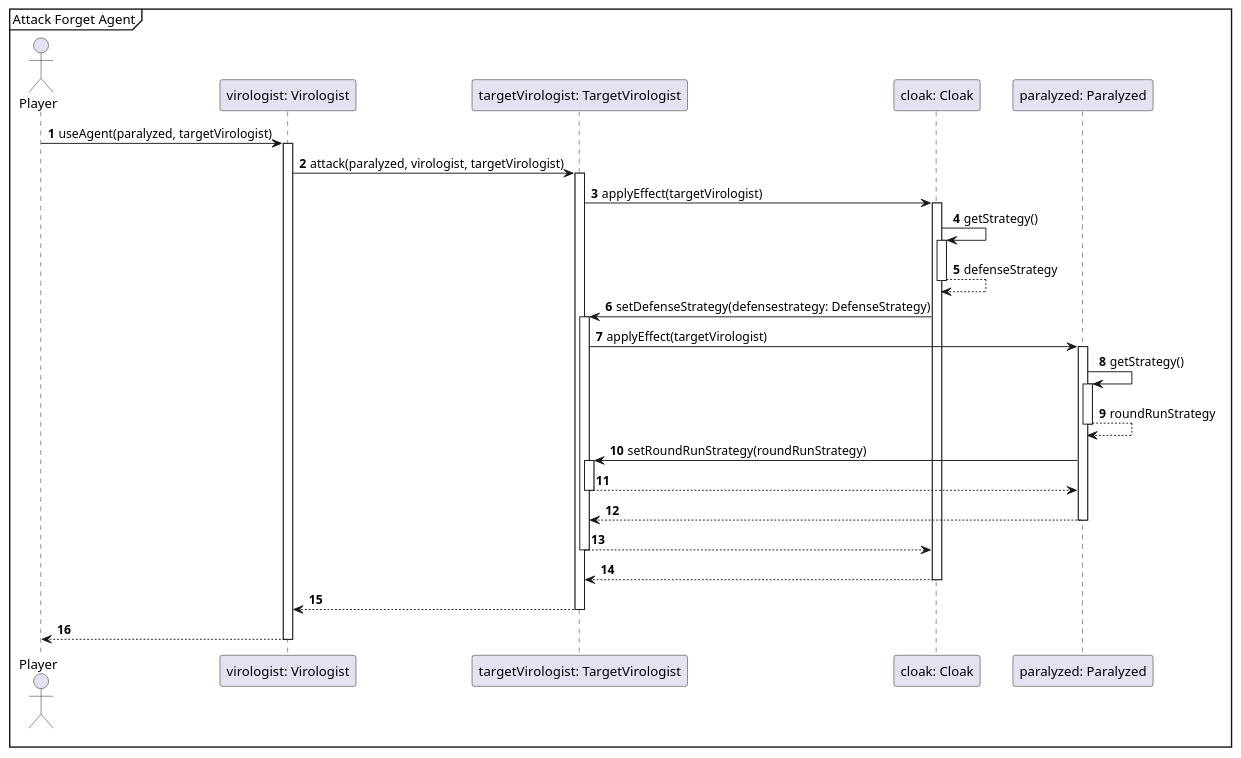
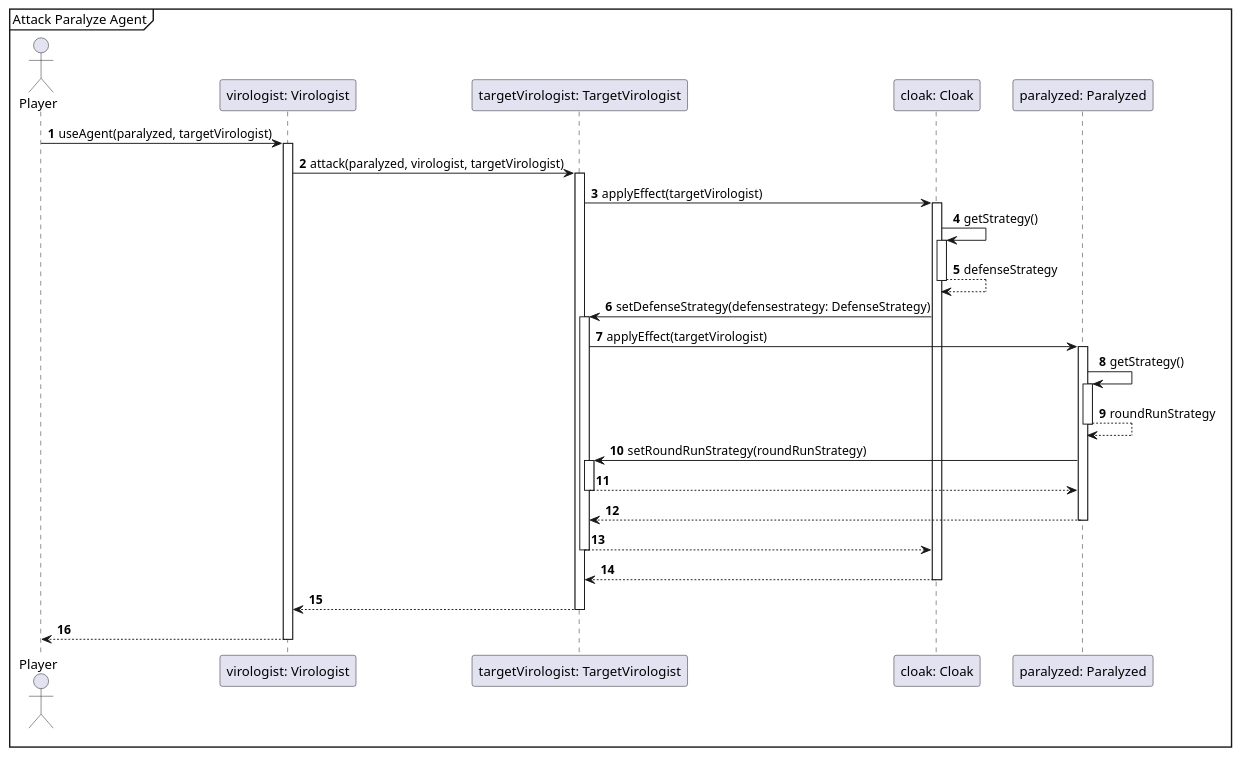
The diagram in Exact Sequence-diagrams/AttackParalyzeAgent.puml (Projlab-csb/projlab-virologus), drawn with PlantUML before and after one commit. The commit also changed 16 other files, not shown here.

```diff
--- a/Exact Sequence-diagrams/AttackParalyzeAgent.puml
+++ b/Exact Sequence-diagrams/AttackParalyzeAgent.puml
@@ -1,33 +1,33 @@
 @startuml
 'https://plantuml.com/sequence-diagram
 
 autonumber
 
-mainframe Attack Forget Agent
+mainframe Attack Paralyze Agent
 
 actor Player
 
 Player -> "virologist: Virologist"++: useAgent(paralyzed, targetVirologist)
 "virologist: Virologist" -> "targetVirologist: TargetVirologist"++: attack(paralyzed, virologist, targetVirologist)
 "targetVirologist: TargetVirologist" -> "cloak: Cloak"++ : applyEffect(targetVirologist)
 "cloak: Cloak" -> "cloak: Cloak"++ : getStrategy()
 "cloak: Cloak" --> "cloak: Cloak"-- : defenseStrategy
 
 "cloak: Cloak" -> "targetVirologist: TargetVirologist"++: setDefenseStrategy(defensestrategy: DefenseStrategy)
 
 "targetVirologist: TargetVirologist" -> "paralyzed: Paralyzed"++ : applyEffect(targetVirologist)
 
 "paralyzed: Paralyzed" -> "paralyzed: Paralyzed"++ : getStrategy()
 "paralyzed: Paralyzed" --> "paralyzed: Paralyzed"-- : roundRunStrategy
 "paralyzed: Paralyzed" -> "targetVirologist: TargetVirologist"++: setRoundRunStrategy(roundRunStrategy)
 "targetVirologist: TargetVirologist" --> "paralyzed: Paralyzed"--
 "paralyzed: Paralyzed" --> "targetVirologist: TargetVirologist"--
 
 "targetVirologist: TargetVirologist" --> "cloak: Cloak" --
 "cloak: Cloak" --> "targetVirologist: TargetVirologist" --
 
 
 "targetVirologist: TargetVirologist" --> "virologist: Virologist" --
 
 "virologist: Virologist" --> Player --
 @enduml
```
